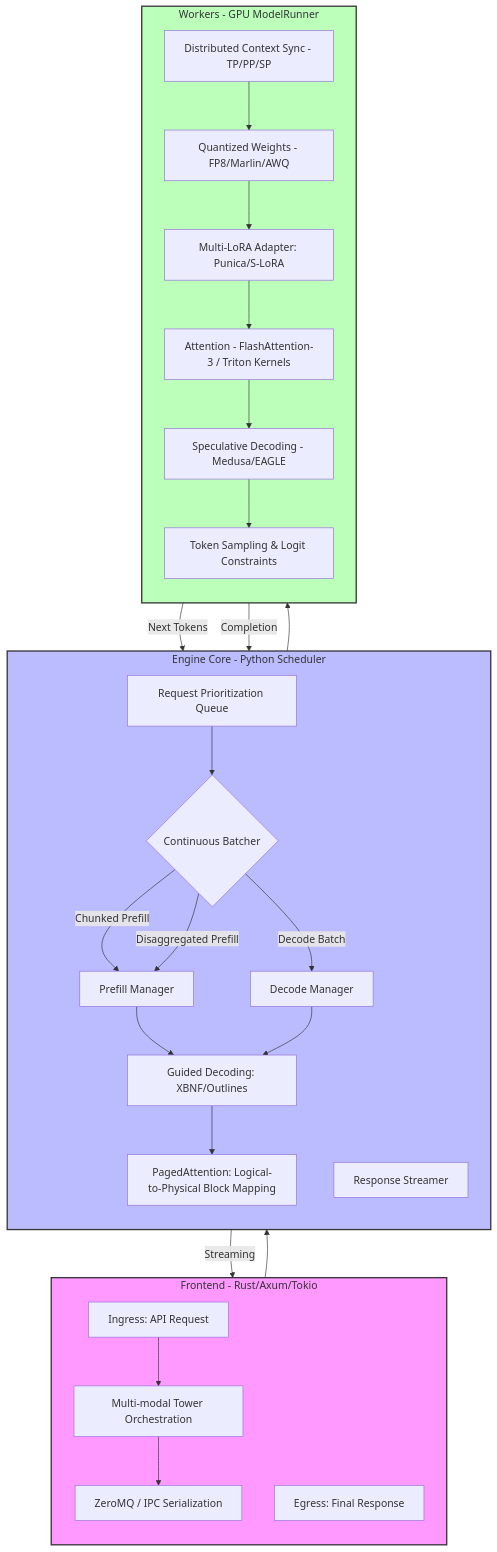
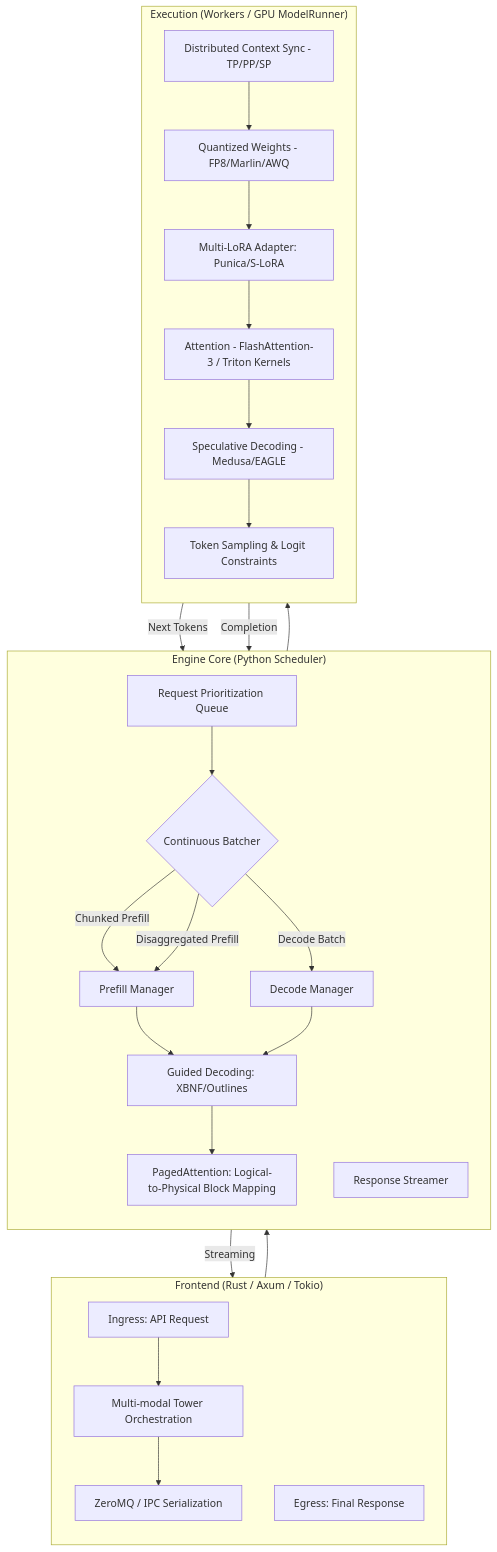
Before and after one commit to quanhua92/tutorials: the diagram in vllm/courses/README.md, drawn with Mermaid.

Commit message:
chore: fix mermaid vllm styles

````diff
--- a/vllm/courses/README.md
+++ b/vllm/courses/README.md
@@ -3,40 +3,36 @@
 ```mermaid
 flowchart TB
-    subgraph "Frontend" ["Frontend - Rust/Axum/Tokio"]
+    subgraph FE ["Frontend (Rust / Axum / Tokio)"]
         direction TB
         A["Ingress: API Request"] --> B["Multi-modal Tower Orchestration"]
         B --> C["ZeroMQ / IPC Serialization"]
         Q["Egress: Final Response"]
     end
 
-    subgraph "Core" ["Engine Core - Python Scheduler"]
+    subgraph CORE ["Engine Core (Python Scheduler)"]
         direction TB
         C --> D["Request Prioritization Queue"]
         D --> E{"Continuous Batcher"}
         E -->|"Chunked Prefill"| F["Prefill Manager"]
         E -->|"Disaggregated Prefill"| F
         E -->|"Decode Batch"| G["Decode Manager"]
         
         F & G --> H["Guided Decoding: XBNF/Outlines"]
         H --> I["PagedAttention: Logical-to-Physical Block Mapping"]
         P["Response Streamer"]
     end
 
-    subgraph "Execution" ["Workers - GPU ModelRunner"]
+    subgraph EXEC ["Execution (Workers / GPU ModelRunner)"]
         direction TB
         I --> J["Distributed Context Sync - TP/PP/SP"]
         J --> K["Quantized Weights - FP8/Marlin/AWQ"]
         K --> L["Multi-LoRA Adapter: Punica/S-LoRA"]
         L --> M["Attention - FlashAttention-3 / Triton Kernels"]
         M --> N["Speculative Decoding - Medusa/EAGLE"]
         N --> O["Token Sampling & Logit Constraints"]
     end
 
     O -- "Next Tokens" --> E
     O -- "Completion" --> P
     P -- "Streaming" --> Q
-
-    style Frontend fill:#f9f,stroke:#333,stroke-width:2px
-    style Core fill:#bbf,stroke:#333,stroke-width:2px
-    style Execution fill:#bfb,stroke:#333,stroke-width:2px
 ```
````
